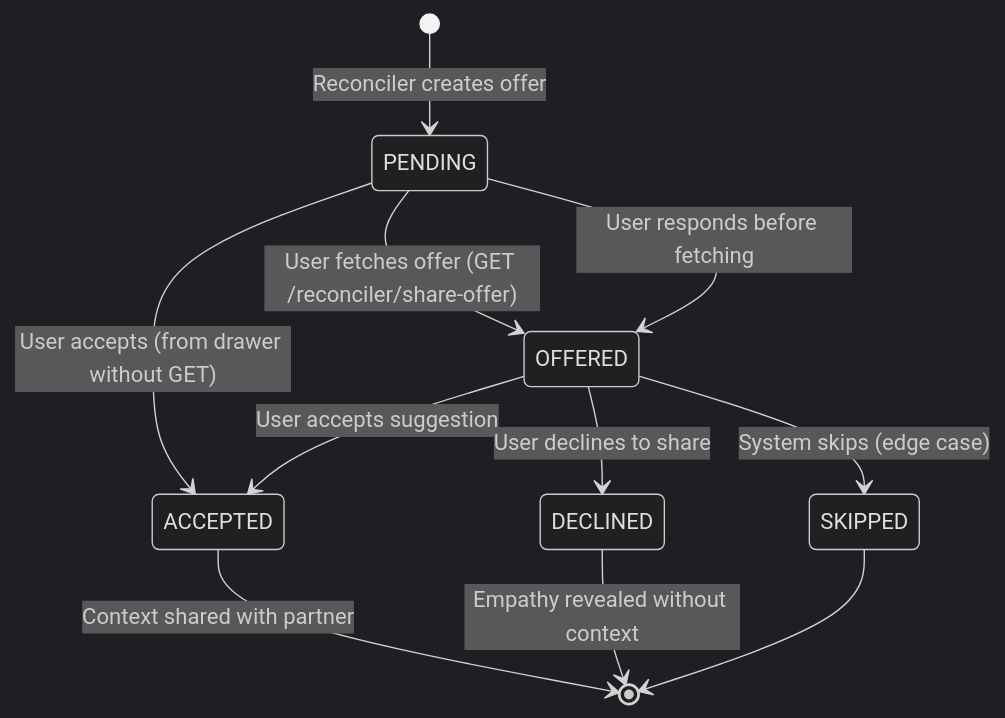
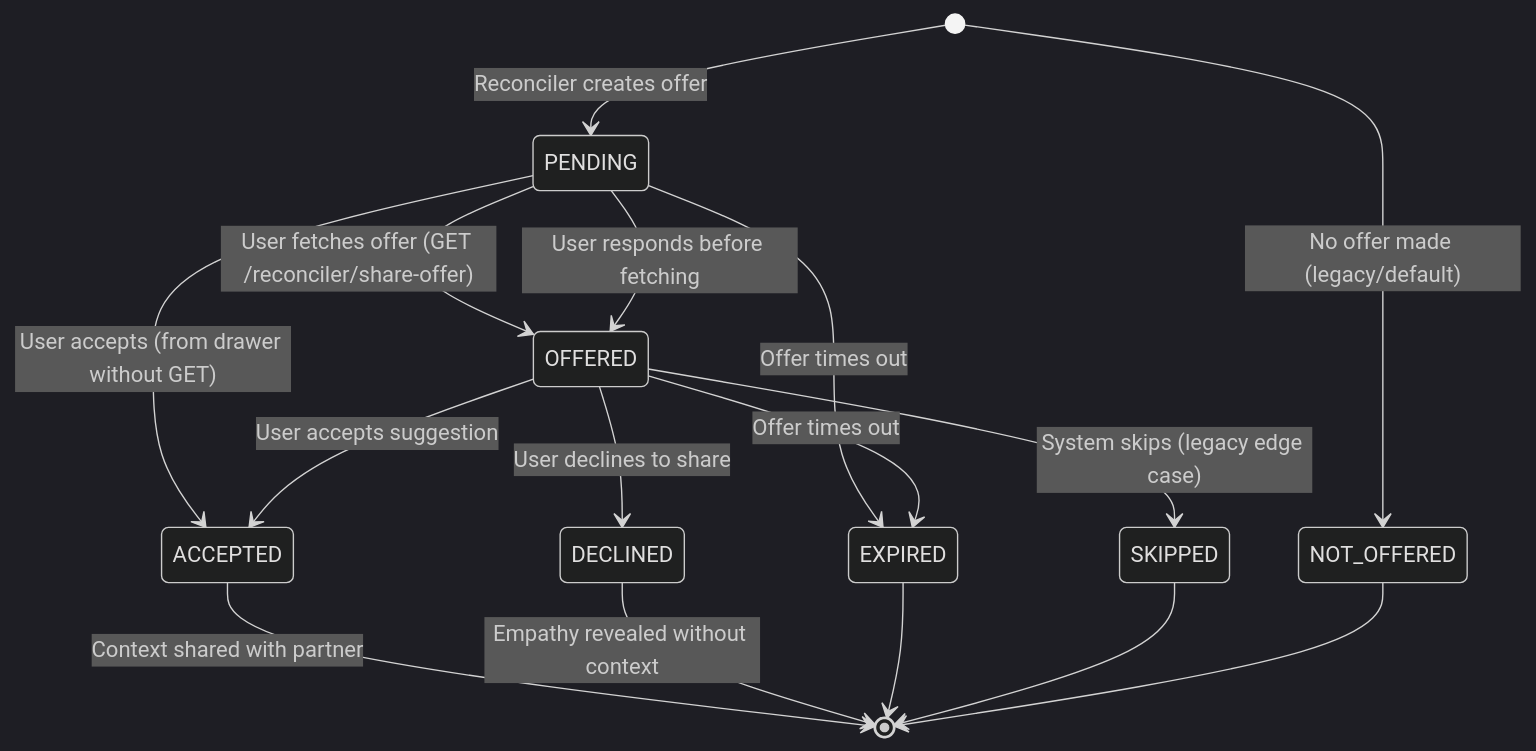
One commit to shantamg/meet-without-fear changed the second of 8 diagrams in docs/backend/reconciler-flow.md. Above: the diagram before and after it, drawn with Mermaid (dark theme). The commit also changed other lines of this file and 15 other files, not shown here.

````diff
--- a/docs/backend/reconciler-flow.md
+++ b/docs/backend/reconciler-flow.md
@@ -56,16 +56,21 @@
 ```mermaid
 stateDiagram-v2
+    [*] --> NOT_OFFERED: No offer made (legacy/default)
     [*] --> PENDING: Reconciler creates offer
 
     PENDING --> OFFERED: User fetches offer (GET /reconciler/share-offer)
     PENDING --> OFFERED: User responds before fetching
     PENDING --> ACCEPTED: User accepts (from drawer without GET)
+    PENDING --> EXPIRED: Offer times out
 
     OFFERED --> ACCEPTED: User accepts suggestion
     OFFERED --> DECLINED: User declines to share
-    OFFERED --> SKIPPED: System skips (edge case)
+    OFFERED --> EXPIRED: Offer times out
+    OFFERED --> SKIPPED: System skips (legacy edge case)
 
     ACCEPTED --> [*]: Context shared with partner
     DECLINED --> [*]: Empathy revealed without context
+    EXPIRED --> [*]
     SKIPPED --> [*]
+    NOT_OFFERED --> [*]
 ```
````
